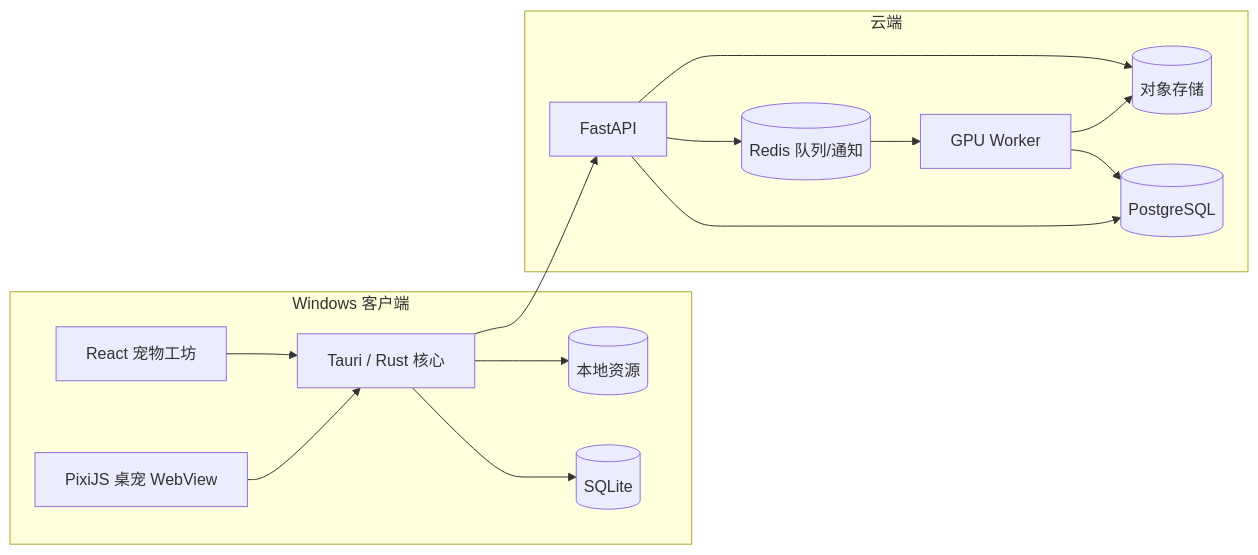
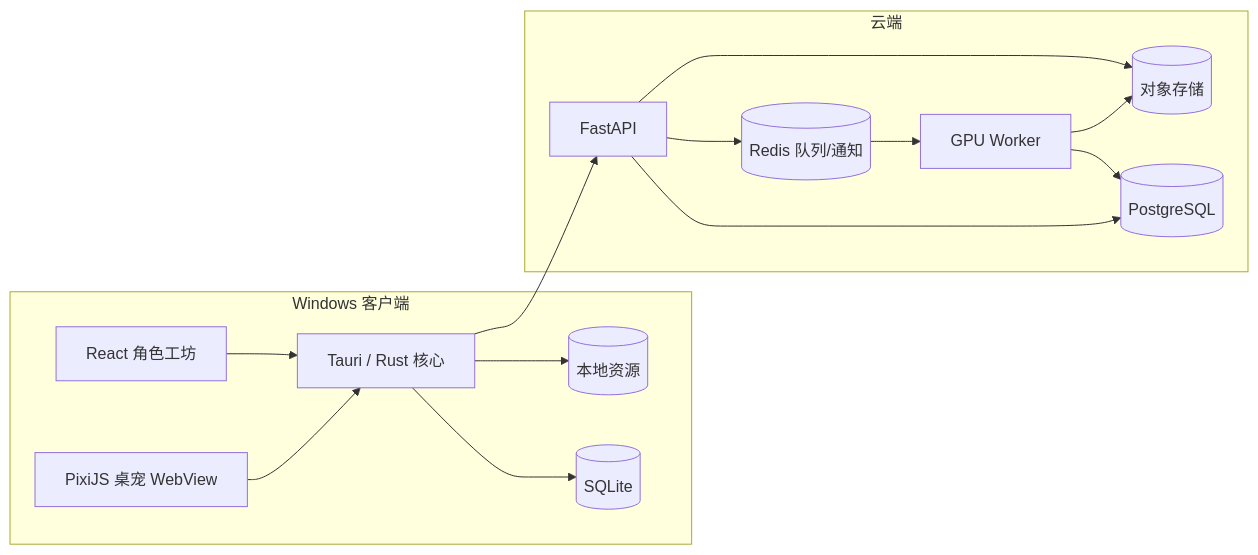
Before and after one commit to Alger3/Epet: the second of 2 diagrams in docs/architecture/system-overview.md, drawn with Mermaid. The commit also changed 11 other files, not shown here.

````diff
--- a/docs/architecture/system-overview.md
+++ b/docs/architecture/system-overview.md
@@ -28,30 +28,30 @@
 ```mermaid
 flowchart LR
   subgraph Client[Windows 客户端]
-    Workshop[React 宠物工坊]
+    Workshop[React 角色工坊]
     Overlay[PixiJS 桌宠 WebView]
     Core[Tauri / Rust 核心]
     SQLite[(SQLite)]
     Files[(本地资源)]
     Workshop --> Core
     Overlay --> Core
     Core --> SQLite
     Core --> Files
   end
 
   subgraph Server[云端]
     API[FastAPI]
     PG[(PostgreSQL)]
     Redis[(Redis 队列/通知)]
     Object[(对象存储)]
     Worker[GPU Worker]
     API --> PG
     API --> Redis
     API --> Object
     Redis --> Worker
     Worker --> PG
     Worker --> Object
   end
 
   Core --> API
 ```
````
